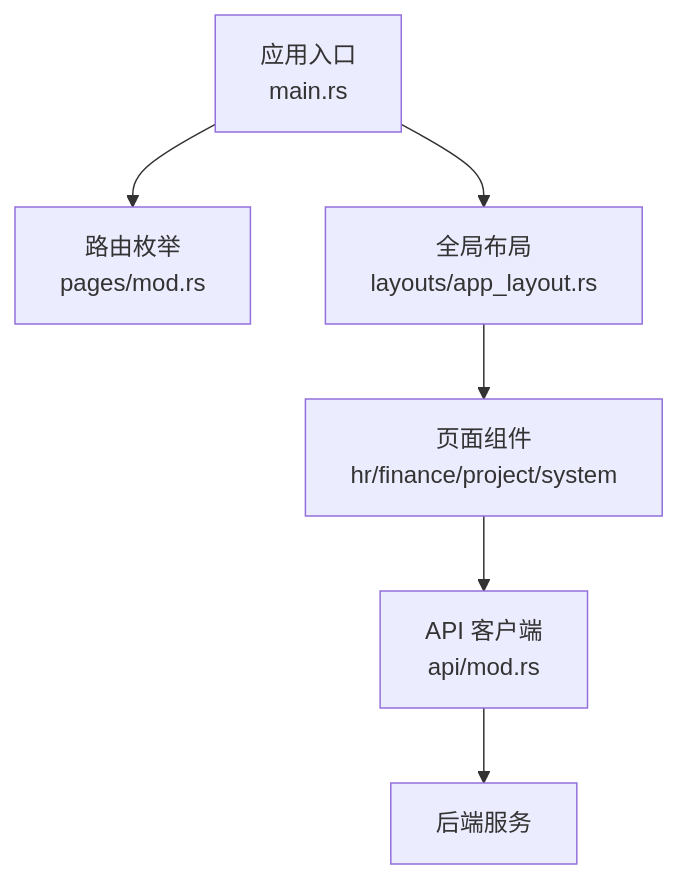
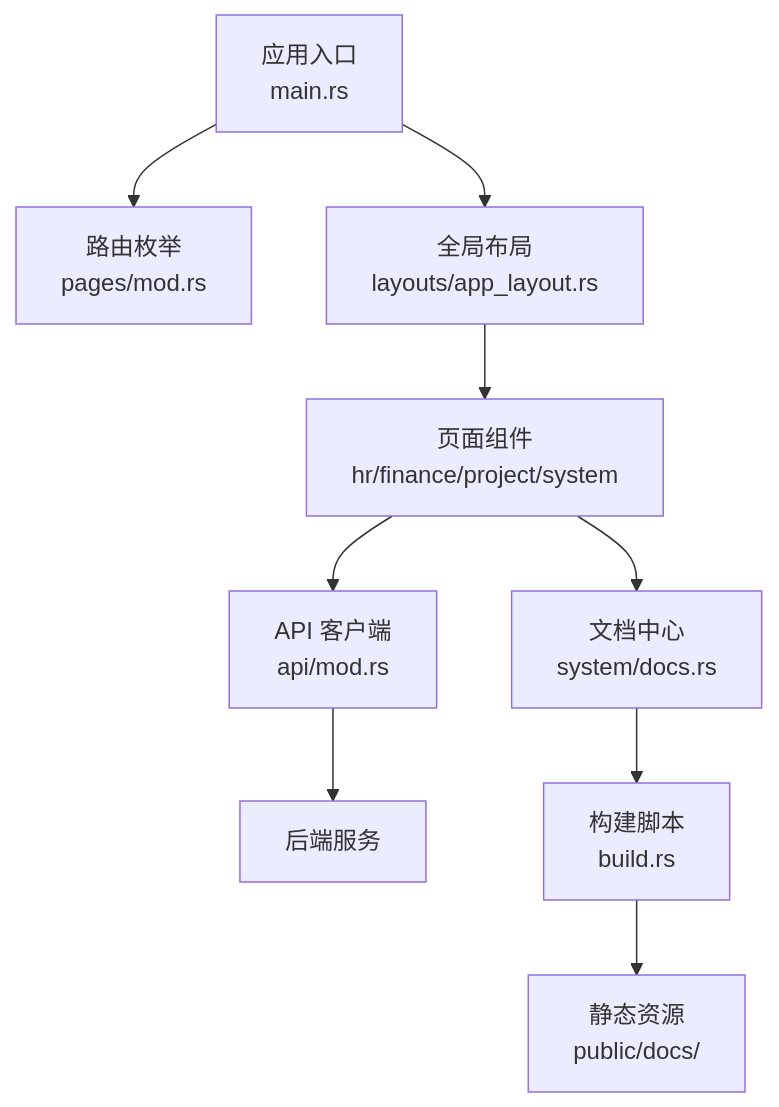
Before and after one commit to runningcoders/ai_orz: the first of 7 diagrams in .qoder/repowiki/zh/content/前端应用/页面模块/页面模块.md, drawn with Mermaid. The commit also changed other lines of this file and 338 other files, not shown here.

````diff
--- a/.qoder/repowiki/zh/content/前端应用/页面模块/页面模块.md
+++ b/.qoder/repowiki/zh/content/前端应用/页面模块/页面模块.md
@@ -42,8 +53,11 @@
 ```mermaid
 graph TB
 A["应用入口<br/>main.rs"] --> B["路由枚举<br/>pages/mod.rs"]
 A --> C["全局布局<br/>layouts/app_layout.rs"]
 C --> D["页面组件<br/>hr/finance/project/system"]
 D --> E["API 客户端<br/>api/mod.rs"]
 E --> F["后端服务"]
+D --> G["文档中心<br/>system/docs.rs"]
+G --> H["构建脚本<br/>build.rs"]
+H --> I["静态资源<br/>public/docs/"]
 ```
````
